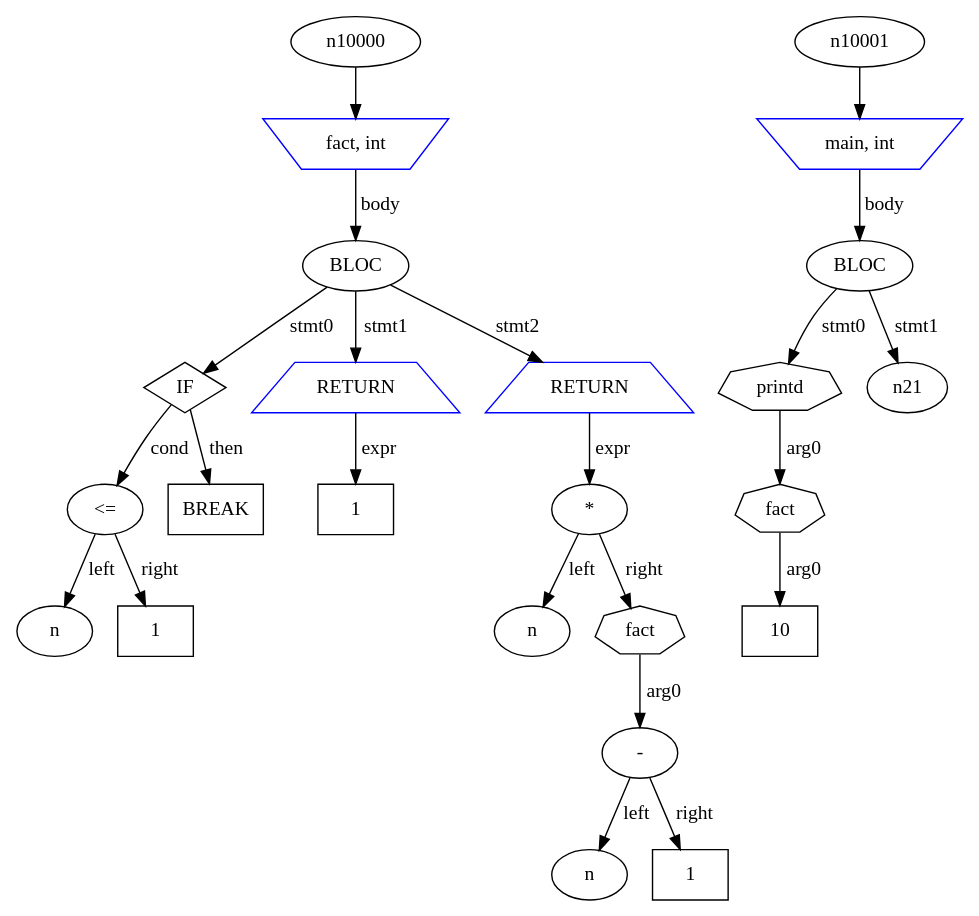
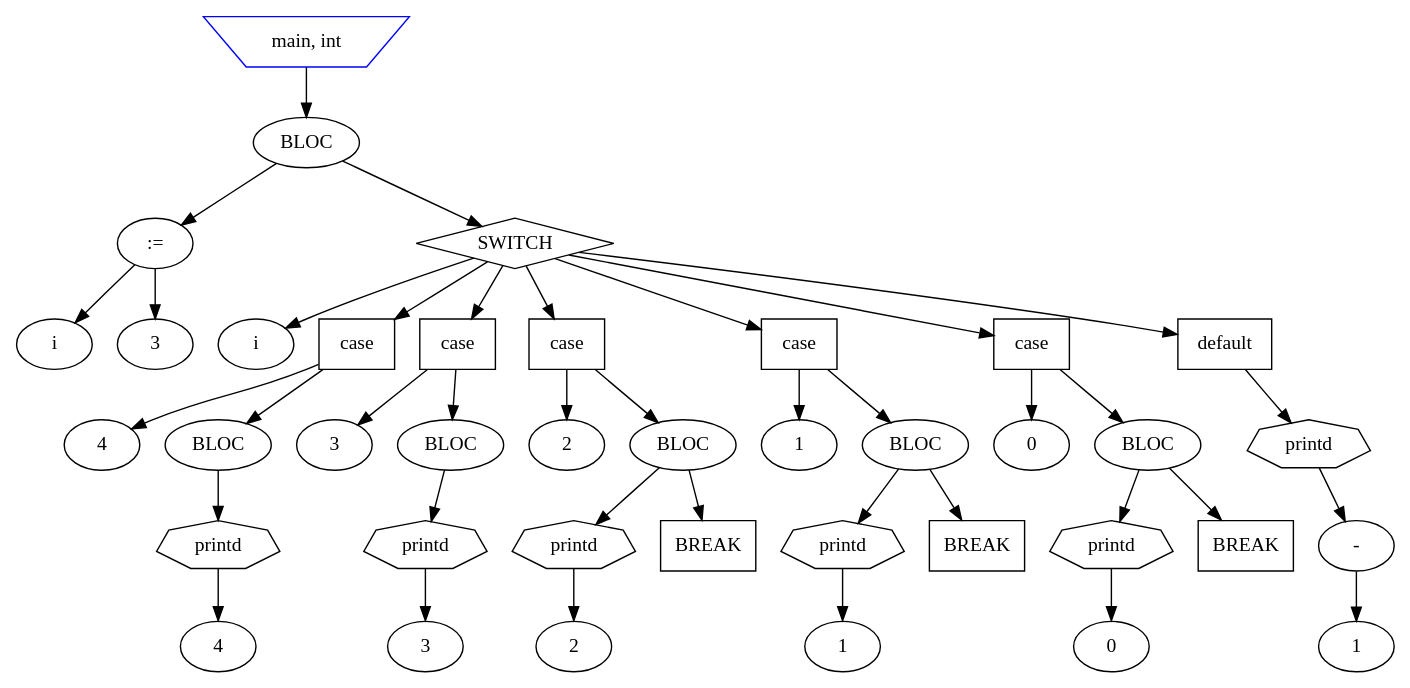
One commit to Oussama-belhout/PRJ_COMPILE_UNICA changed the diagram in Graph.dot. Above: the diagram before and after it, drawn with Graphviz. The commit also changed 21 other files, not shown here.

```diff
--- a/Graph.dot
+++ b/Graph.dot
@@ -1,45 +1,79 @@
 digraph AST {
-  n0 [label="fact, int", shape=invtrapezium, color=blue];
+  n0 [label="main, int", shape=invtrapezium, color=blue];
   n1 [label="BLOC", shape=ellipse];
-  n0 -> n1 [label="body"];
-  n2 [label="IF", shape=diamond];
-  n1 -> n2 [label="stmt0"];
-  n3 [label="<=", shape=ellipse];
-  n2 -> n3 [label="cond"];
-  n4 [label="n", shape=ellipse];
-  n3 -> n4 [label="left"];
-  n5 [label="1", shape=ecllipse];
-  n3 -> n5 [label="right"];
-  n6 [label="BREAK", shape=box];
-  n2 -> n6 [label="then"];
-  n7 [label="RETURN", shape=trapezium color=blue];
-  n1 -> n7 [label="stmt1"];
-  n8 [label="1", shape=ecllipse];
-  n7 -> n8 [label="expr"];
-  n9 [label="RETURN", shape=trapezium color=blue];
-  n1 -> n9 [label="stmt2"];
-  n10 [label="*", shape=ellipse];
-  n9 -> n10 [label="expr"];
-  n11 [label="n", shape=ellipse];
-  n10 -> n11 [label="left"];
-  n12 [label="fact", shape=septagon];
-  n10 -> n12 [label="right"];
-  n13 [label="-", shape=ellipse];
-  n12 -> n13 [label="arg0"];
-  n14 [label="n", shape=ellipse];
-  n13 -> n14 [label="left"];
-  n15 [label="1", shape=ecllipse];
-  n13 -> n15 [label="right"];
-  n10000 -> n0;
-  n16 [label="main, int", shape=invtrapezium, color=blue];
-  n17 [label="BLOC", shape=ellipse];
-  n16 -> n17 [label="body"];
-  n18 [label="printd", shape=septagon];
-  n17 -> n18 [label="stmt0"];
-  n19 [label="fact", shape=septagon];
-  n18 -> n19 [label="arg0"];
-  n20 [label="10", shape=ecllipse];
-  n19 -> n20 [label="arg0"];
-  n17 -> n21 [label="stmt1"];
-  n10001 -> n16;
+  n0 -> n1;
+  n2 [label=":=", shape=ellipse];
+  n1 -> n2;
+  n3 [label="i", shape=ellipse];
+  n2 -> n3;
+  n4 [label="3", shape=ellipse];
+  n2 -> n4;
+  n5 [label="SWITCH", shape=diamond];
+  n1 -> n5;
+  n6 [label="i", shape=ellipse];
+  n5 -> n6;
+  n7 [label="case", shape=box];
+  n5 -> n7 [label=""];
+  n8 [label="4", shape=ellipse];
+  n7 -> n8;
+  n9 [label="BLOC", shape=ellipse];
+  n7 -> n9;
+  n10 [label="printd", shape=septagon];
+  n9 -> n10;
+  n11 [label="4", shape=ellipse];
+  n10 -> n11;
+  n12 [label="case", shape=box];
+  n5 -> n12 [label=""];
+  n13 [label="3", shape=ellipse];
+  n12 -> n13;
+  n14 [label="BLOC", shape=ellipse];
+  n12 -> n14;
+  n15 [label="printd", shape=septagon];
+  n14 -> n15;
+  n16 [label="3", shape=ellipse];
+  n15 -> n16;
+  n17 [label="case", shape=box];
+  n5 -> n17 [label=""];
+  n18 [label="2", shape=ellipse];
+  n17 -> n18;
+  n19 [label="BLOC", shape=ellipse];
+  n17 -> n19;
+  n20 [label="printd", shape=septagon];
+  n19 -> n20;
+  n21 [label="2", shape=ellipse];
+  n20 -> n21;
+  n22 [label="BREAK", shape=box];
+  n19 -> n22;
+  n23 [label="case", shape=box];
+  n5 -> n23 [label=""];
+  n24 [label="1", shape=ellipse];
+  n23 -> n24;
+  n25 [label="BLOC", shape=ellipse];
+  n23 -> n25;
+  n26 [label="printd", shape=septagon];
+  n25 -> n26;
+  n27 [label="1", shape=ellipse];
+  n26 -> n27;
+  n28 [label="BREAK", shape=box];
+  n25 -> n28;
+  n29 [label="case", shape=box];
+  n5 -> n29 [label=""];
+  n30 [label="0", shape=ellipse];
+  n29 -> n30;
+  n31 [label="BLOC", shape=ellipse];
+  n29 -> n31;
+  n32 [label="printd", shape=septagon];
+  n31 -> n32;
+  n33 [label="0", shape=ellipse];
+  n32 -> n33;
+  n34 [label="BREAK", shape=box];
+  n31 -> n34;
+  n35 [label="default", shape=box];
+  n5 -> n35 [label=""];
+  n36 [label="printd", shape=septagon];
+  n35 -> n36;
+  n37 [label="-", shape=ellipse];
+  n36 -> n37;
+  n38 [label="1", shape=ellipse];
+  n37 -> n38;
 }
```
